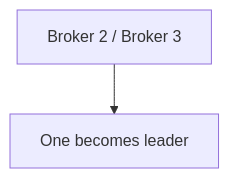
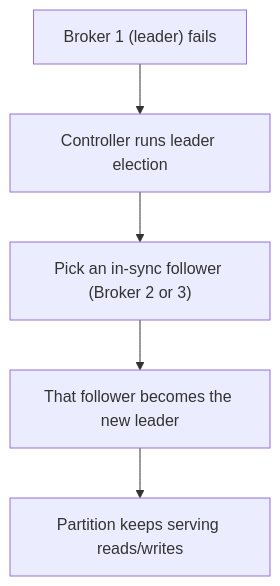
One commit to pankajThakur1874/studysheet changed the ninth of 31 diagrams in files/08-edge-cases/Tier-4-Kafka-Deep-Dive.md. Above: the diagram before and after it, drawn with Mermaid. The commit also changed other lines of this file and 5 other files, not shown here.

````diff
--- a/files/08-edge-cases/Tier-4-Kafka-Deep-Dive.md
+++ b/files/08-edge-cases/Tier-4-Kafka-Deep-Dive.md
@@ -167,4 +345,7 @@
 ```mermaid
 flowchart TD
-    B["Broker 2 / Broker 3"] --> L["One becomes leader"]
+    F["Broker 1 (leader) fails"] --> E["Controller runs leader election"]
+    E --> Pick["Pick an in-sync follower (Broker 2 or 3)"]
+    Pick --> New["That follower becomes the new leader"]
+    New --> Serve["Partition keeps serving reads/writes"]
 ```
````
